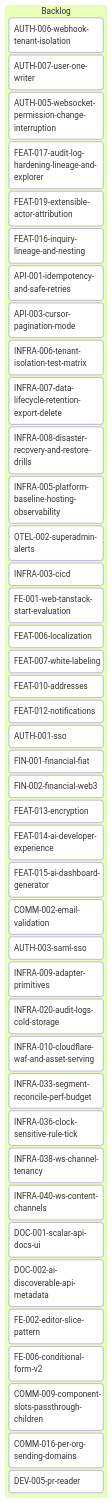
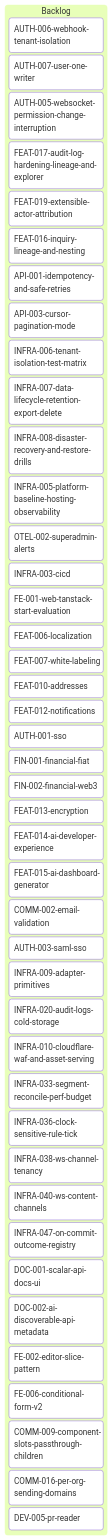
Before and after one commit to inixiative/template: the diagram in tickets/kanban-backlog.md, drawn with Mermaid. The commit also changed other lines of this file and 1 other file, not shown here.

Commit message:
tickets: INFRA-047 on-commit outcome registry (deferred)

````diff
--- a/tickets/kanban-backlog.md
+++ b/tickets/kanban-backlog.md
@@ -3,50 +3,51 @@
 ```mermaid
 ---
 config:
   kanban:
     ticketBaseUrl: 'https://github.com/yourorg/template/blob/main/tickets/#TICKET#'
 ---
 kanban
   Backlog
     AUTH-006-webhook-tenant-isolation
     AUTH-007-user-one-writer
     AUTH-005-websocket-permission-change-interruption
     FEAT-017-audit-log-hardening-lineage-and-explorer
     FEAT-019-extensible-actor-attribution
     FEAT-016-inquiry-lineage-and-nesting
     API-001-idempotency-and-safe-retries
     API-003-cursor-pagination-mode
     INFRA-006-tenant-isolation-test-matrix
     INFRA-007-data-lifecycle-retention-export-delete
     INFRA-008-disaster-recovery-and-restore-drills
     INFRA-005-platform-baseline-hosting-observability
     OTEL-002-superadmin-alerts
     INFRA-003-cicd
     FE-001-web-tanstack-start-evaluation
     FEAT-006-localization
     FEAT-007-white-labeling
     FEAT-010-addresses
     FEAT-012-notifications
     AUTH-001-sso
     FIN-001-financial-fiat
     FIN-002-financial-web3
     FEAT-013-encryption
     FEAT-014-ai-developer-experience
     FEAT-015-ai-dashboard-generator
     COMM-002-email-validation
     AUTH-003-saml-sso
     INFRA-009-adapter-primitives
     INFRA-020-audit-logs-cold-storage
     INFRA-010-cloudflare-waf-and-asset-serving
     INFRA-033-segment-reconcile-perf-budget
     INFRA-036-clock-sensitive-rule-tick
     INFRA-038-ws-channel-tenancy
     INFRA-040-ws-content-channels
+    INFRA-047-on-commit-outcome-registry
     DOC-001-scalar-api-docs-ui
     DOC-002-ai-discoverable-api-metadata
     FE-002-editor-slice-pattern
     FE-006-conditional-form-v2
     COMM-009-component-slots-passthrough-children
     COMM-016-per-org-sending-domains
     DEV-005-pr-reader
 ```
````
